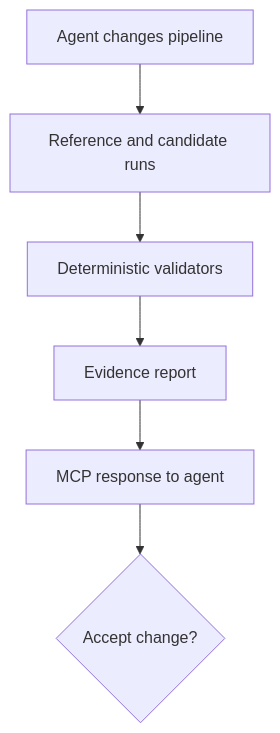
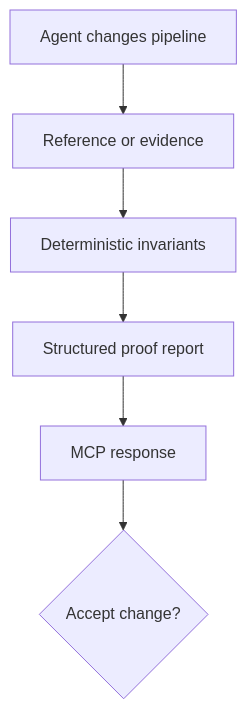
The diagram in README.md (Abhishek249/proofline-mcp), drawn with Mermaid before and after one commit. The commit also changed other lines of this file and 4 other files, not shown here.

````diff
--- a/README.md
+++ b/README.md
@@ -165,8 +65,8 @@
 ```mermaid
 flowchart TD
-    A["Agent changes pipeline"] --> B["Reference and candidate runs"]
-    B --> C["Deterministic validators"]
-    C --> D["Evidence report"]
-    D --> E["MCP response to agent"]
+    A["Agent changes pipeline"] --> B["Reference or evidence"]
+    B --> C["Deterministic invariants"]
+    C --> D["Structured proof report"]
+    D --> E["MCP response"]
     E --> F{"Accept change?"}
 ```
````
